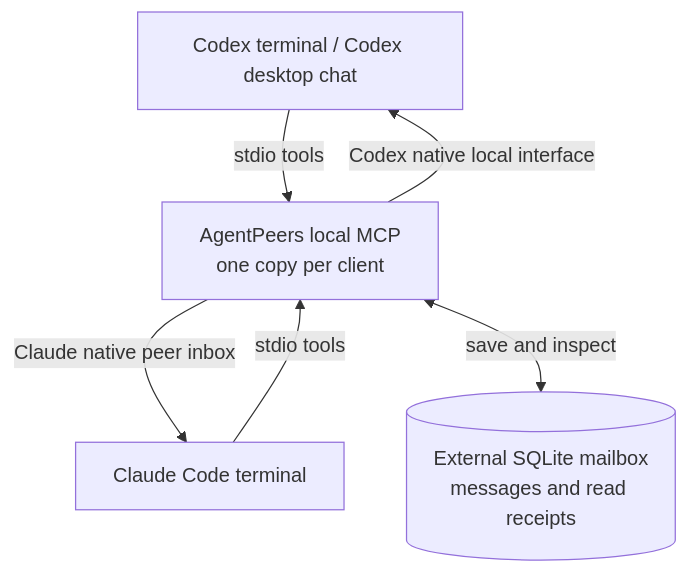
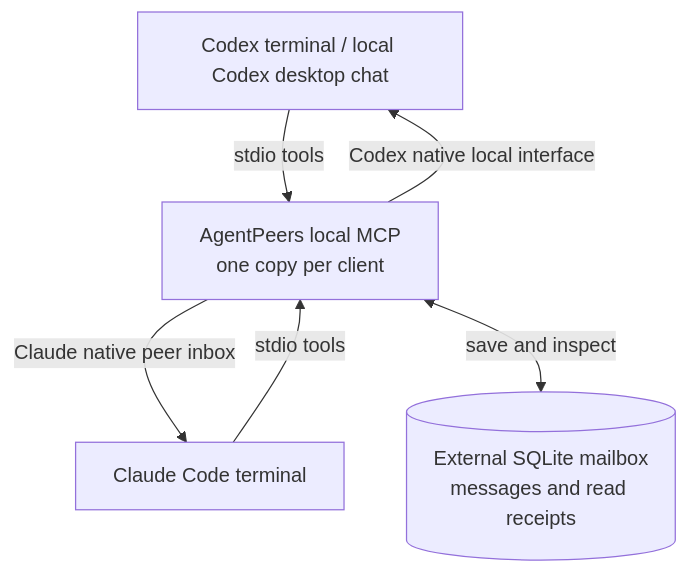
The first of 2 diagrams in docs/coding-sessions.md (cshenx/agentpeers), drawn with Mermaid before and after one commit. The commit also changed other lines of this file and 16 other files, not shown here.

````diff
--- a/docs/coding-sessions.md
+++ b/docs/coding-sessions.md
@@ -145,12 +177,12 @@
 ```mermaid
 flowchart TB
-    C["Codex terminal / Codex desktop chat"]
+    C["Codex terminal / local Codex desktop chat"]
     A["Claude Code terminal"]
     P["AgentPeers local MCP<br/>one copy per client"]
     D[("External SQLite mailbox<br/>messages and read receipts")]
     C -->|"stdio tools"| P
     A -->|"stdio tools"| P
     P -->|"Claude native peer inbox"| A
     P -->|"Codex native local interface"| C
     P <-->|"save and inspect"| D
 ```
````
